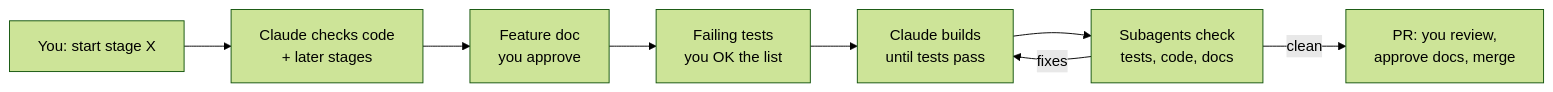
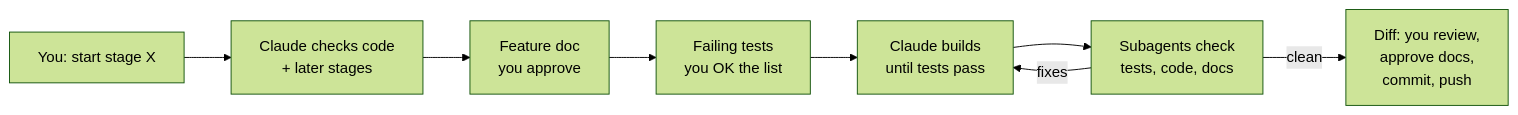
The diagram in docs/plan/01-how-we-work.md (rachelwong/preppers), drawn with Mermaid (forest theme) before and after one commit. The commit also changed other lines of this file and 23 other files, not shown here.

````diff
--- a/docs/plan/01-how-we-work.md
+++ b/docs/plan/01-how-we-work.md
@@ -21,10 +21,10 @@
 ```mermaid
 flowchart LR
   A[You: start stage X] --> B[Claude checks code<br/>+ later stages]
   B --> C[Feature doc<br/>you approve]
   C --> D[Failing tests<br/>you OK the list]
   D --> E[Claude builds<br/>until tests pass]
   E --> F[Subagents check<br/>tests, code, docs]
   F -->|fixes| E
-  F -->|clean| G[PR: you review,<br/>approve docs, merge]
+  F -->|clean| G[Diff: you review,<br/>approve docs,<br/>commit, push]
 ```
````
